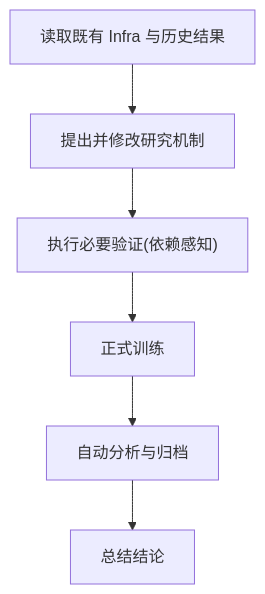
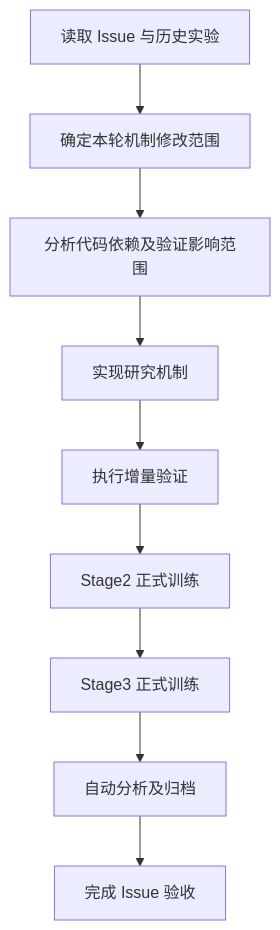
The diagram in .agent/skills/complete-open-issue/SKILL.md (cpxjazz123/HiCurvRec), drawn with Mermaid before and after one commit. The commit also changed other lines of this file, not shown here.

````diff
--- a/.agent/skills/complete-open-issue/SKILL.md
+++ b/.agent/skills/complete-open-issue/SKILL.md
@@ -56,8 +56,11 @@
 ```mermaid
 flowchart TD
-    A["读取既有 Infra 与历史结果"] --> B["提出并修改研究机制"]
-    B --> C["执行必要验证(依赖感知)"]
-    C --> D["正式训练"]
-    D --> E["自动分析与归档"]
-    E --> F["总结结论"]
+    A["读取 Issue 与历史实验"] --> B["确定本轮机制修改范围"]
+    B --> C["分析代码依赖及验证影响范围"]
+    C --> D["实现研究机制"]
+    D --> E["执行增量验证"]
+    E --> F["Stage2 正式训练"]
+    F --> G["Stage3 正式训练"]
+    G --> H["自动分析及归档"]
+    H --> I["完成 Issue 验收"]
 ```
````
